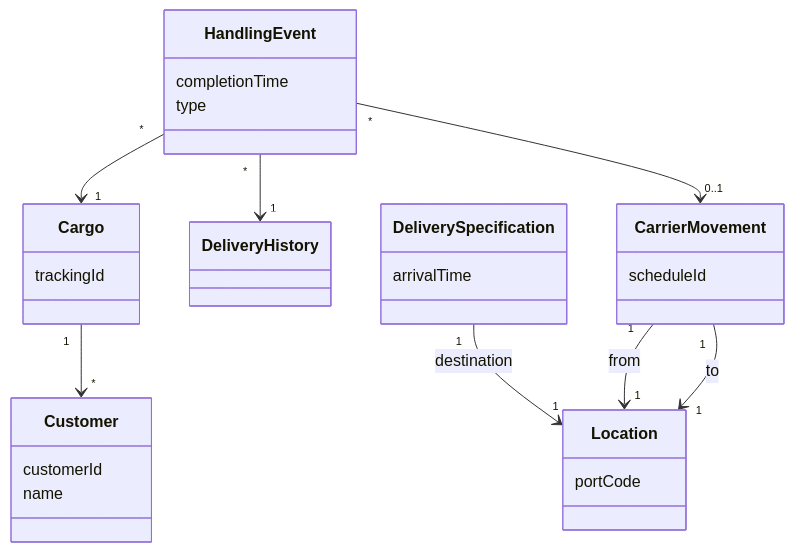
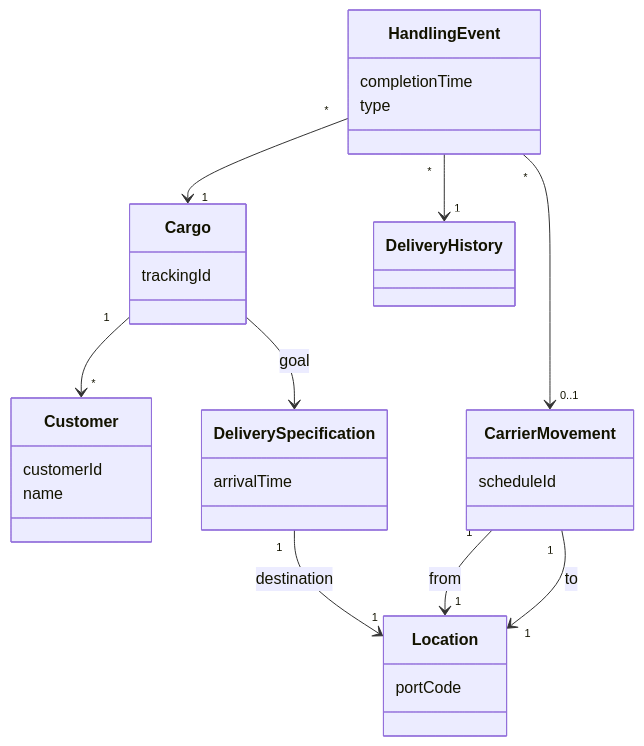
One commit to peterramaldes/cs changed the diagram in docs/architecture/01-design.md. Above: the diagram before and after it, drawn with Mermaid.

Commit message:
docs: add Cargo->DeliverySpecification relationship with goal label

````diff
--- a/docs/architecture/01-design.md
+++ b/docs/architecture/01-design.md
@@ -5,39 +5,40 @@
 ```mermaid
 classDiagram
     class Customer {
         customerId
         name
     }
 
     class Cargo {
         trackingId
     }
 
     class DeliveryHistory {
     }
 
     class DeliverySpecification {
         arrivalTime
     }
 
     class HandlingEvent {
         completionTime
         type
     }
 
     class CarrierMovement {
         scheduleId
     }
 
     class Location {
         portCode
     }
 
     Cargo "1" --> "*" Customer
+    Cargo --> DeliverySpecification : goal
     HandlingEvent "*" --> "1" Cargo
     HandlingEvent "*" --> "1" DeliveryHistory
     DeliverySpecification "1" --> "1" Location : destination
     CarrierMovement "1" --> "1" Location : from
     CarrierMovement "1" --> "1" Location : to
     HandlingEvent "*" --> "0..1" CarrierMovement
 ```
````
